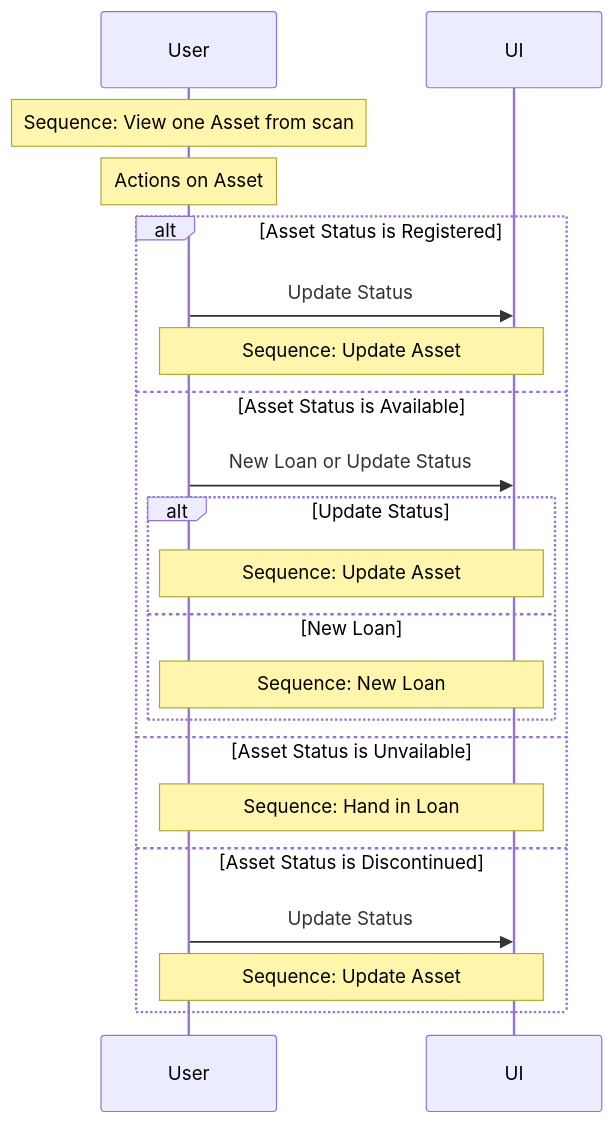
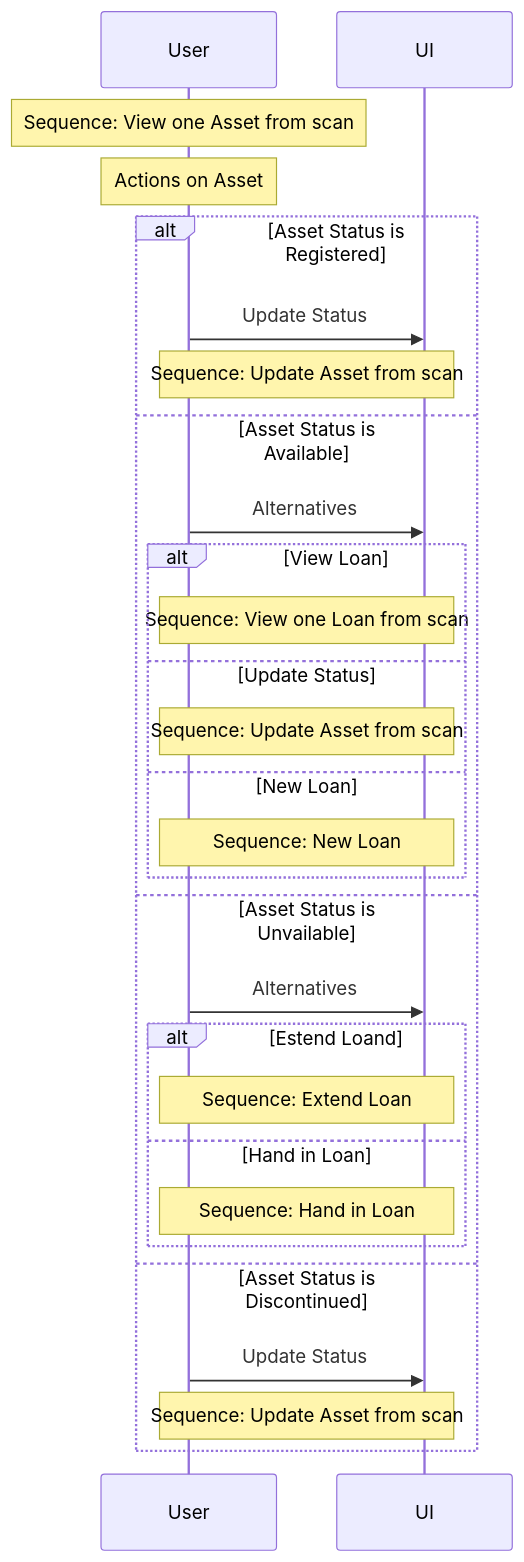
Before and after one commit to livun/bouvet-asset-hub: the diagram in docs/sequence-diagrams/asset-actions.md, drawn with Mermaid. The commit also changed other lines of this file and 7 other files, not shown here.

Commit message:
new sequence diagrams

````diff
--- a/docs/sequence-diagrams/asset-actions.md
+++ b/docs/sequence-diagrams/asset-actions.md
@@ -8,31 +11,39 @@
 ```mermaid
 sequenceDiagram
    
         Note over User : Sequence: View one Asset from scan
       
 
         Note over User: Actions on Asset
 
         alt Asset Status is Registered
             User ->> UI: Update Status
                     
-            Note over User, UI: Sequence: Update Asset
+            Note over User, UI: Sequence: Update Asset from scan
         Else Asset Status is Available
-            User ->> UI: New Loan or Update Status
-                alt Update Status
-                    Note over User, UI : Sequence: Update Asset 
+            User ->> UI: Alternatives
+                alt View Loan
+                    Note over User, UI : Sequence: View one Loan from scan
+                else Update Status
+                    Note over User, UI : Sequence: Update Asset from scan
                 else New Loan
                     Note over User, UI : Sequence: New Loan
                 end
             
         else Asset Status is Unvailable
-            Note over User, UI : Sequence: Hand in Loan
+            User ->> UI : Alternatives
+            alt Estend Loand
+                Note over User, UI : Sequence: Extend Loan
+            else Hand in Loan
+                Note over User, UI : Sequence: Hand in Loan
+            end
+           
 
         Else Asset Status is Discontinued
             User ->> UI: Update Status
-            Note over User, UI: Sequence: Update Asset
+            Note over User, UI: Sequence: Update Asset from scan
 
         End
     
     
 ```
````
